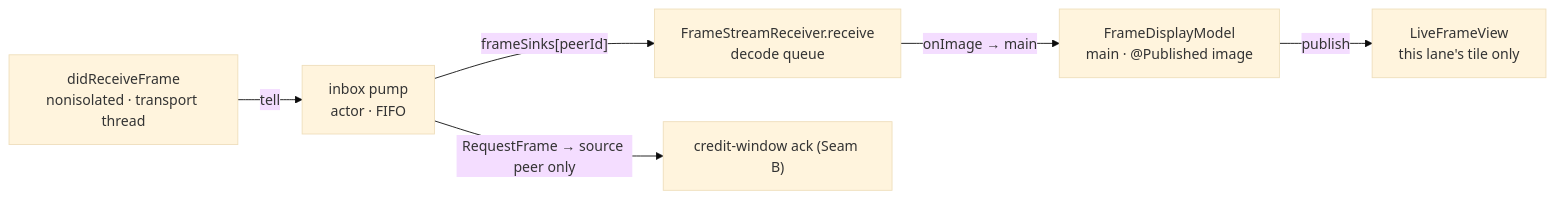
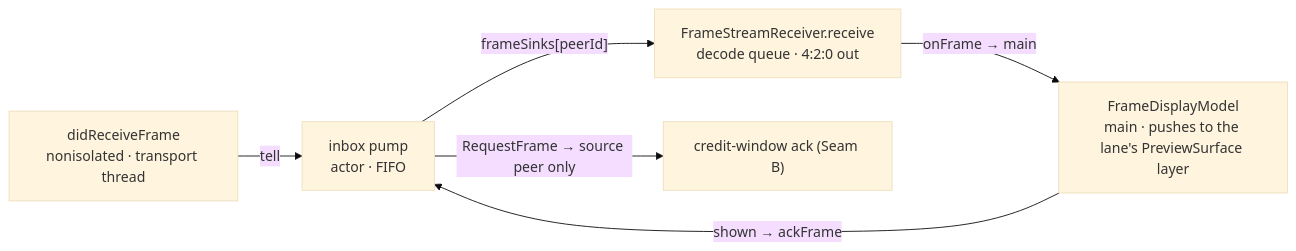
Before and after one commit to security-union/remote-shutter: the second of 5 diagrams in Docs/multicam.md, drawn with Mermaid (base theme). The commit also changed other lines of this file and 14 other files, not shown here.

````diff
--- a/Docs/multicam.md
+++ b/Docs/multicam.md
@@ -99,9 +99,9 @@
 ```mermaid
 flowchart LR
     A["didReceiveFrame<br/>nonisolated · transport thread"]
       -->|tell| B["inbox pump<br/>actor · FIFO"]
-    B -->|"frameSinks[peerId]"| C["FrameStreamReceiver.receive<br/>decode queue"]
-    C -->|"onImage → main"| D["FrameDisplayModel<br/>main · @Published image"]
-    D -->|publish| E["LiveFrameView<br/>this lane's tile only"]
+    B -->|"frameSinks[peerId]"| C["FrameStreamReceiver.receive<br/>decode queue · 4:2:0 out"]
+    C -->|"onFrame → main"| D["FrameDisplayModel<br/>main · pushes to the lane's PreviewSurface layer"]
+    D -->|"shown → ackFrame"| B
     B -->|"RequestFrame → source peer only"| F["credit-window ack (Seam B)"]
 ```
````
